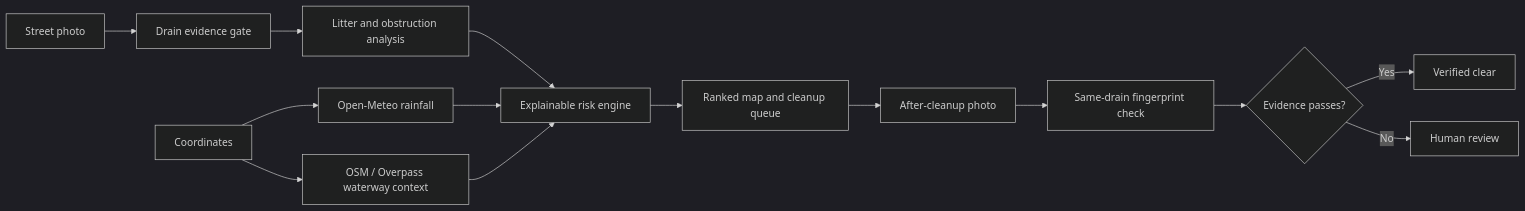
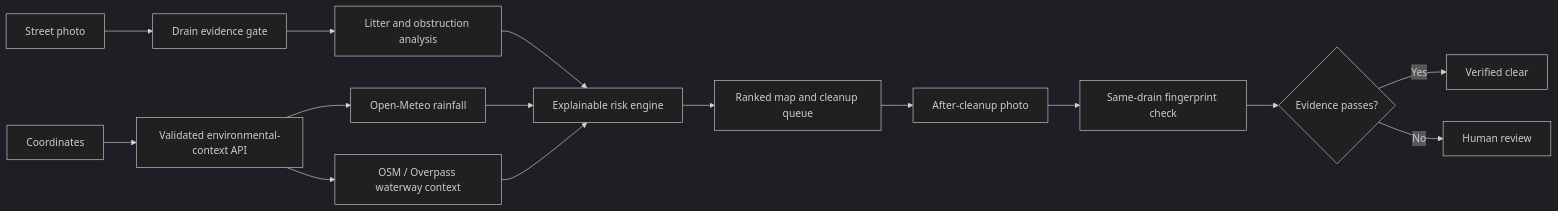
Before and after one commit to bhavyakeerthi3/drainguard-ai: the diagram in README.md, drawn with Mermaid (dark theme). The commit also changed other lines of this file and 2 other files, not shown here.

Commit message:
Document resilient environmental scoring

````diff
--- a/README.md
+++ b/README.md
@@ -84,16 +84,17 @@
 ```mermaid
 flowchart LR
     A["Street photo"] --> B["Drain evidence gate"]
     B --> C["Litter and obstruction analysis"]
     C --> D["Explainable risk engine"]
-    E["Coordinates"] --> F["Open-Meteo rainfall"]
+    E["Coordinates"] --> API["Validated environmental-context API"]
+    API --> F["Open-Meteo rainfall"]
+    API --> W["OSM / Overpass waterway context"]
     F --> D
-    E --> W["OSM / Overpass waterway context"]
     W --> D
     D --> G["Ranked map and cleanup queue"]
     G --> H["After-cleanup photo"]
     H --> I["Same-drain fingerprint check"]
     I --> J{"Evidence passes?"}
     J -->|Yes| K["Verified clear"]
     J -->|No| L["Human review"]
 ```
````
